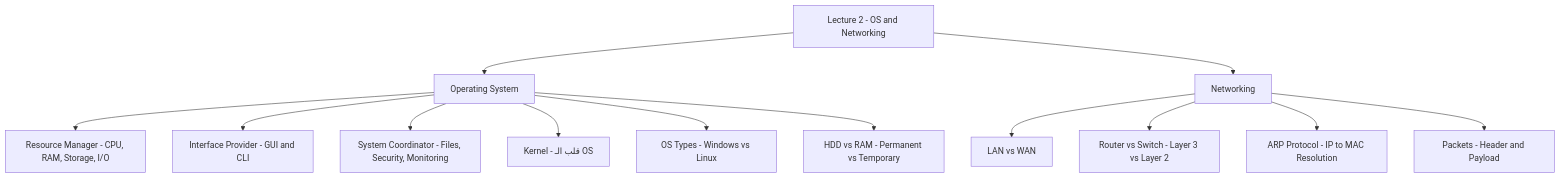
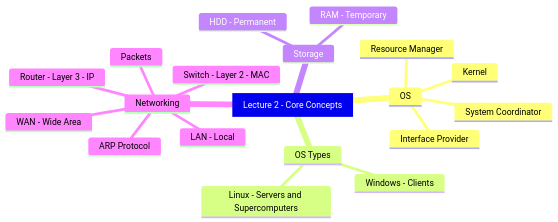
One commit to ammaryasser28/Introduction-To-Cyber-Security changed diagram 14 of 14 in Operating Systems & Networking Fundamentals.md. Above: the diagram before and after it, drawn with Mermaid. The commit also changed other lines of this file, not shown here.

Commit message:
Update Operating Systems & Networking Fundamentals.md

````diff
--- a/Operating Systems & Networking Fundamentals.md
+++ b/Operating Systems & Networking Fundamentals.md
@@ -521,19 +454,22 @@
 ```mermaid
-graph TD
-    L2[Lecture 2 - OS and Networking]
-
-    L2 --> OS[Operating System]
-    L2 --> NET[Networking]
-
-    OS --> RM[Resource Manager - CPU, RAM, Storage, I/O]
-    OS --> IP[Interface Provider - GUI and CLI]
-    OS --> SC[System Coordinator - Files, Security, Monitoring]
-    OS --> KR[Kernel - قلب الـ OS]
-    OS --> TYPES[OS Types - Windows vs Linux]
-    OS --> MEM[HDD vs RAM - Permanent vs Temporary]
-
-    NET --> LNWN[LAN vs WAN]
-    NET --> RSW[Router vs Switch - Layer 3 vs Layer 2]
-    NET --> ARP[ARP Protocol - IP to MAC Resolution]
-    NET --> PKT[Packets - Header and Payload]
+mindmap
+  root["Lecture 2 - Core Concepts"]
+    OS
+      Resource Manager
+      Interface Provider
+      System Coordinator
+      Kernel
+    OS Types
+      Windows - Clients
+      Linux - Servers and Supercomputers
+    Storage
+      HDD - Permanent
+      RAM - Temporary
+    Networking
+      LAN - Local
+      WAN - Wide Area
+      Switch - Layer 2 - MAC
+      Router - Layer 3 - IP
+      ARP Protocol
+      Packets
 ```
````
